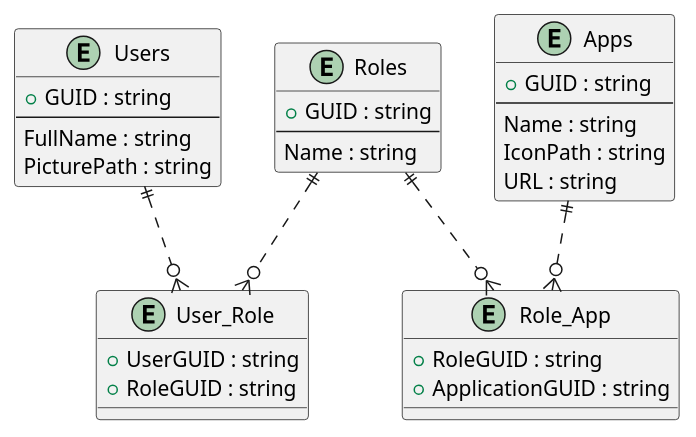
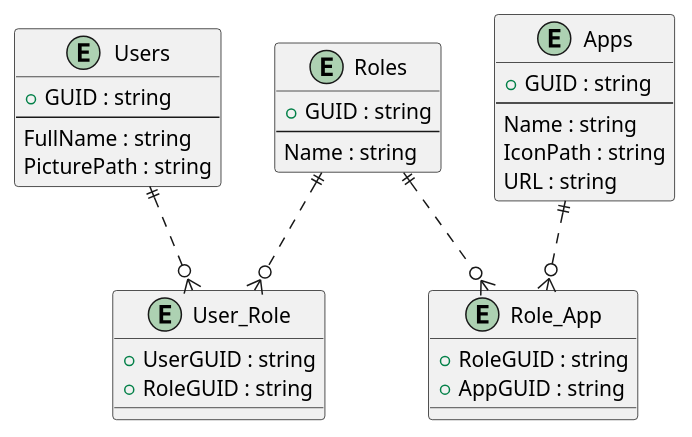
One commit to StelArian/users-roles-apps changed the diagram in diagrams/user_role_application_diagram.puml. Above: the diagram before and after it, drawn with PlantUML. The commit also changed 10 other files, not shown here.

```diff
--- a/diagrams/user_role_application_diagram.puml
+++ b/diagrams/user_role_application_diagram.puml
@@ -1,39 +1,39 @@
 @startuml
 
 entity "Users" as user {
   + GUID : string
   --
   FullName : string
   PicturePath : string
 }
 
 entity "Roles" as role {
   + GUID : string
   --
   Name : string
 }
 
 entity "Apps" as application {
   + GUID : string
   --
   Name : string
   IconPath : string
   URL : string
 }
 
 entity "User_Role" as user_role {
   + UserGUID : string
   + RoleGUID : string
 }
 
-entity "Role_App" as role_application {
+entity "Role_App" as role_app {
   + RoleGUID : string
-  + ApplicationGUID : string
+  + AppGUID : string
 }
 
 user ||..o{ user_role
 role ||..o{ user_role
-role ||..o{ role_application
-application ||..o{ role_application
+role ||..o{ role_app
+application ||..o{ role_app
 
 @enduml
```
